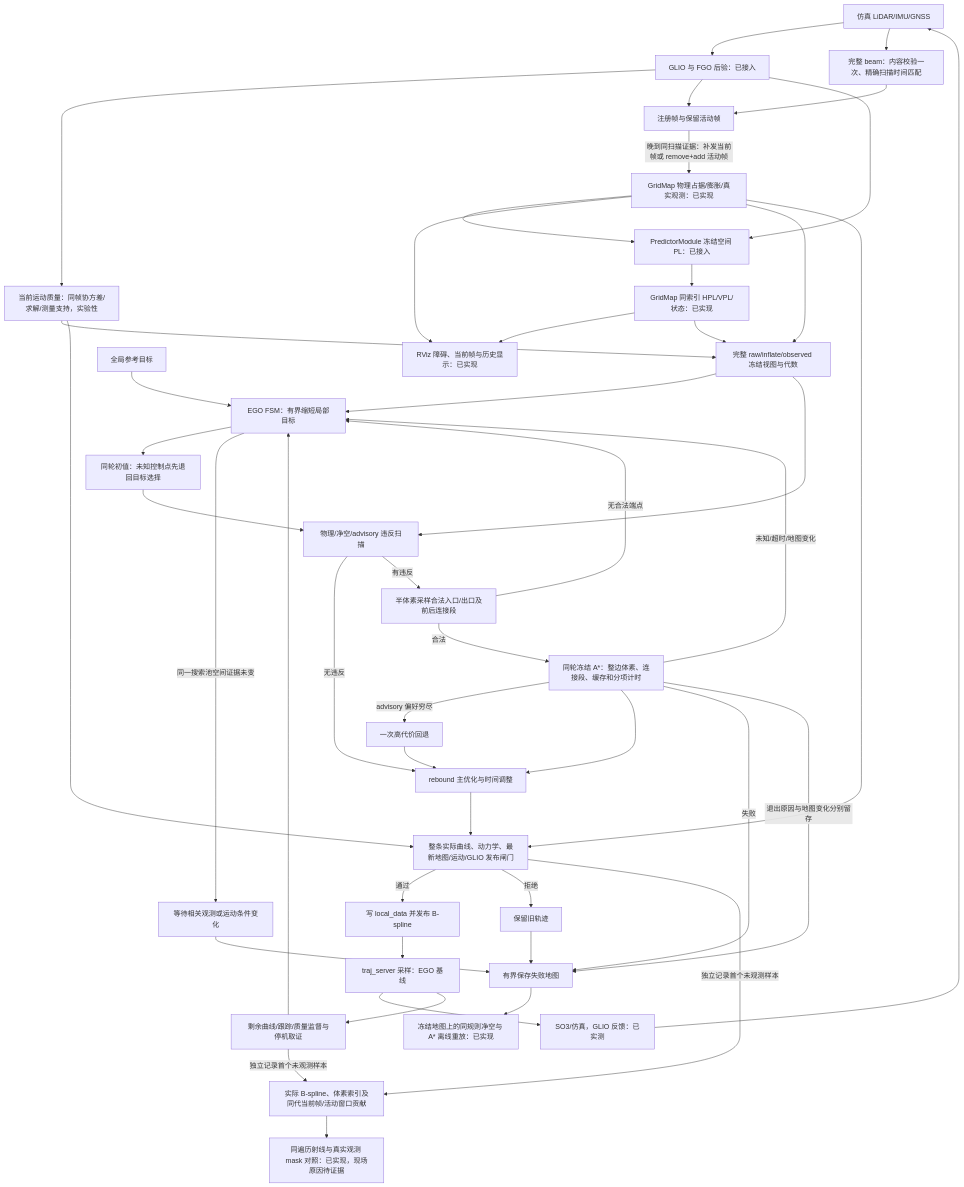
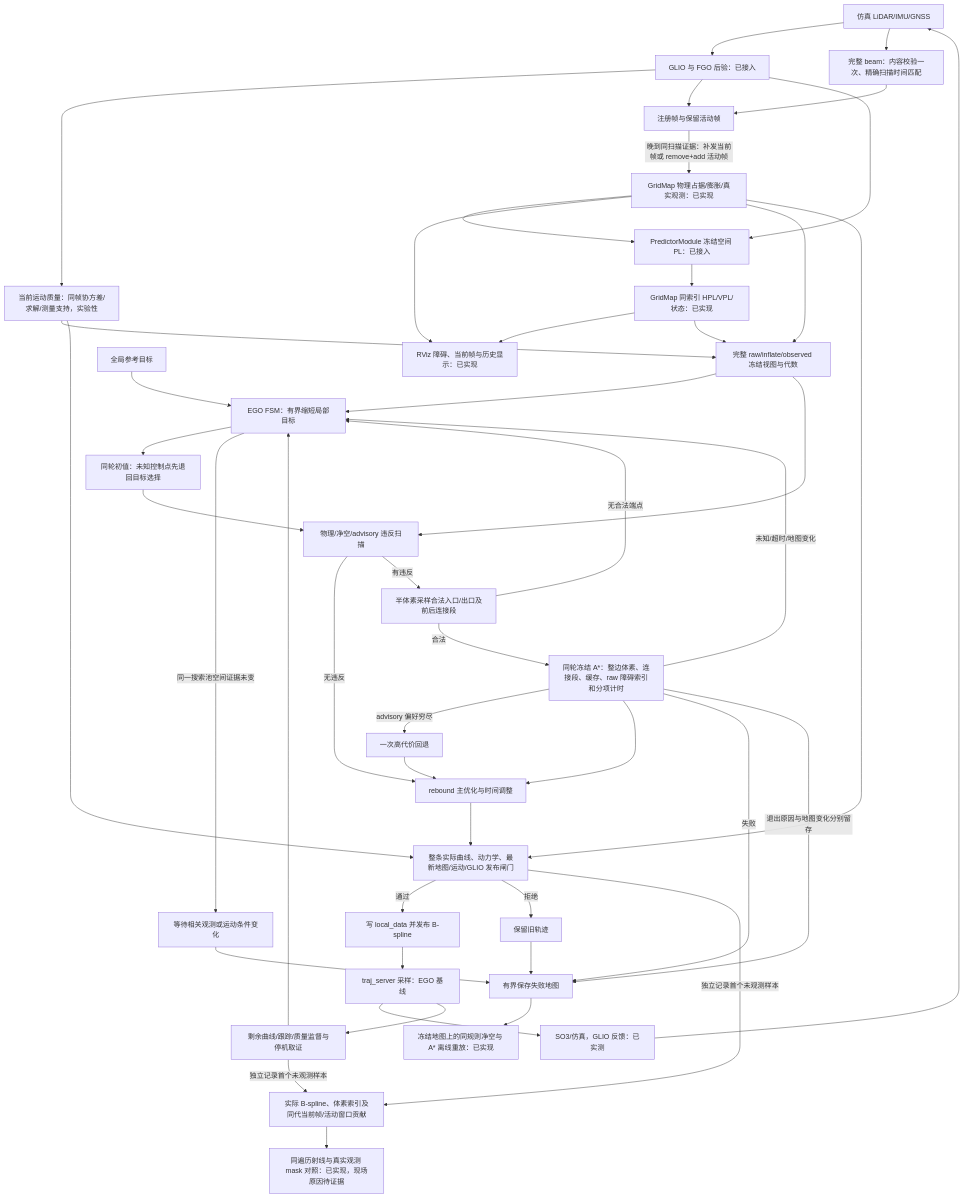
One commit to Printeger/iap changed the second of 3 diagrams in docs/spec/ego_based_planning_flow.md. Above: the diagram before and after it, drawn with Mermaid. The commit also changed other lines of this file and 3 other files, not shown here.

````diff
--- a/docs/spec/ego_based_planning_flow.md
+++ b/docs/spec/ego_based_planning_flow.md
@@ -58,49 +58,49 @@
 ```mermaid
 flowchart TD
     Sensors[仿真 LiDAR/IMU/GNSS] --> GLIO[GLIO 与 FGO 后验：已接入]
     GLIO --> Current[当前运动质量：同帧协方差/求解/测量支持，实验性]
     Sensors --> Beams[完整 beam：内容校验一次、精确扫描时间匹配]
     GLIO --> Registered[注册帧与保留活动帧]
     Beams --> Registered
     Registered -->|晚到同扫描证据：补发当前帧或 remove+add 活动帧| Map[GridMap 物理占据/膨胀/真实观测：已实现]
     GLIO --> Advisory[PredictorModule 冻结空间 PL：已接入]
     Map --> Advisory
     Advisory --> Risk[GridMap 同索引 HPL/VPL/状态：已实现]
     Map --> Viz[RViz 障碍、当前帧与历史显示：已实现]
     Risk --> Viz
     Goal[全局参考目标] --> FSM[EGO FSM：有界缩短局部目标]
     Map --> Freeze[完整 raw/inflate/observed 冻结视图与代数]
     Current --> Freeze
     Risk --> Freeze
     Freeze --> FSM
     FSM --> Init[同轮初值：未知控制点先退回目标选择]
     Init --> Scan[物理/净空/advisory 违反扫描]
     Freeze --> Scan
     Scan -->|无违反| Opt[rebound 主优化与时间调整]
     Scan -->|有违反| Endpoints[半体素采样合法入口/出口及前后连接段]
     Endpoints -->|无合法端点| FSM
-    Endpoints -->|合法| Search[同轮冻结 A*：整边体素、连接段、缓存和分项计时]
+    Endpoints -->|合法| Search[同轮冻结 A*：整边体素、连接段、缓存、raw 障碍索引和分项计时]
     Search -->|未知/超时/地图变化| FSM
     Search -->|advisory 偏好穷尽| SearchFallback[一次高代价回退]
     SearchFallback --> Opt
     Search --> Opt
     Opt --> Final[整条实际曲线、动力学、最新地图/运动/GLIO 发布闸门]
     Map --> Final
     Current --> Final
     Final -->|通过| Commit[写 local_data 并发布 B-spline]
     Final -->|拒绝| Keep[保留旧轨迹]
     FSM -->|同一搜索池空间证据未变| Wait[等待相关观测或运动条件变化]
     Wait --> Evidence[有界保存 stall 地图]
     Keep --> Evidence[有界保存失败地图]
     Search -->|失败| Evidence
     Final -->|独立记录首个未观测样本| Hole[实际 B-spline、体素索引及同代当前帧/活动窗口贡献]
     Monitor -->|独立记录首个未观测样本| Hole
     Hole --> ObservationReplay[同遍历射线与真实观测 mask 对照：已实现，现场原因待证据]
     Search -->|退出原因与地图变化分别留存| Evidence
     Evidence --> Replay[冻结地图上的同规则净空与 A* 离线重放：已实现]
     Commit --> Server[traj_server 采样：EGO 基线]
     Server --> Control[SO3/仿真，GLIO 反馈：已实测]
     Control --> Sensors
     Server --> Monitor[剩余曲线/跟踪/质量监督与停机取证]
     Monitor --> FSM
 ```
````
